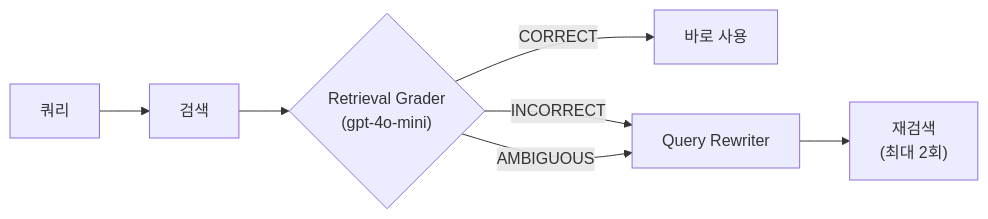
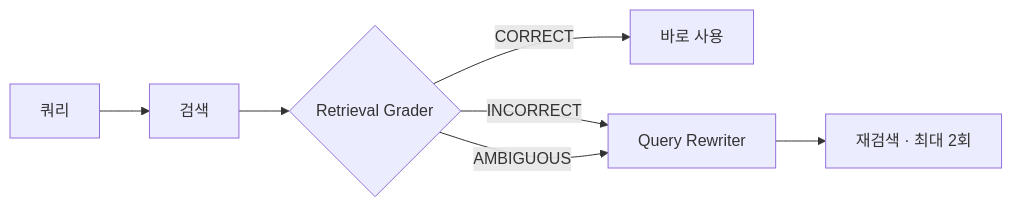
Before and after one commit to ASNGG/cafe24-demo: the seventh of 14 diagrams in portfolio/PORTFOLIO.md, drawn with Mermaid. The commit also changed other lines of this file, not shown here.

First line of the commit message:
docs: PORTFOLIO.md 스타일 개선 및 Mermaid 다이어그램 최적화

````diff
--- a/portfolio/PORTFOLIO.md
+++ b/portfolio/PORTFOLIO.md
@@ -331,7 +390,7 @@
 ```mermaid
 flowchart LR
-    Q["쿼리"] --> S["검색"] --> G{"Retrieval Grader<br/>(gpt-4o-mini)"}
+    Q["쿼리"] --> S["검색"] --> G{"Retrieval Grader"}
     G -->|"CORRECT"| USE["바로 사용"]
-    G -->|"INCORRECT"| RW["Query Rewriter"] --> S2["재검색<br/>(최대 2회)"]
+    G -->|"INCORRECT"| RW["Query Rewriter"] --> S2["재검색 · 최대 2회"]
     G -->|"AMBIGUOUS"| RW
 ```
````
